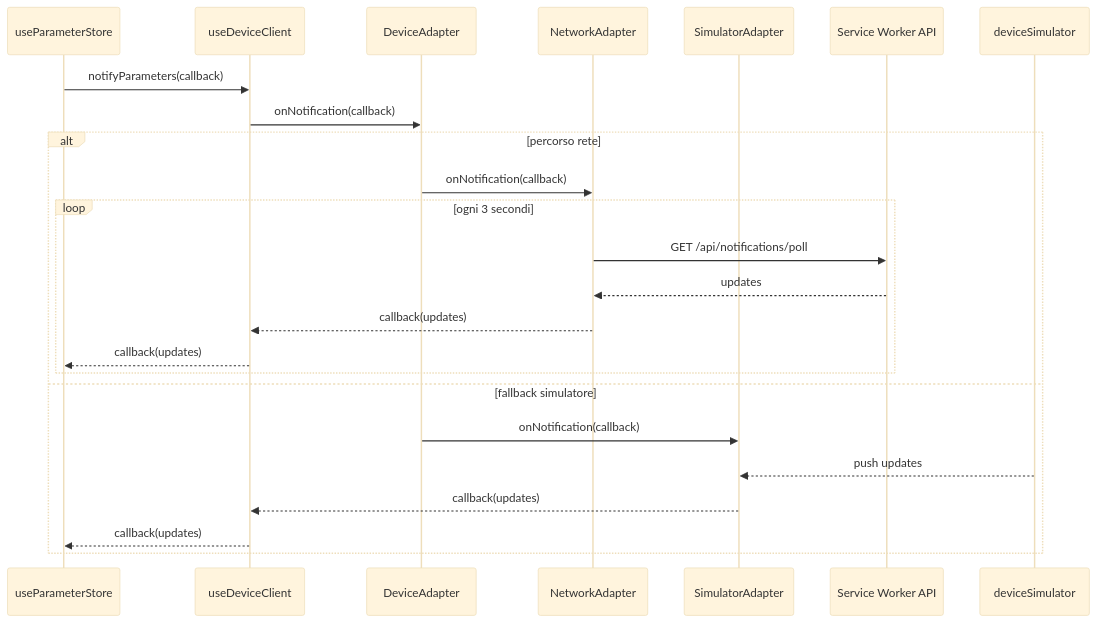
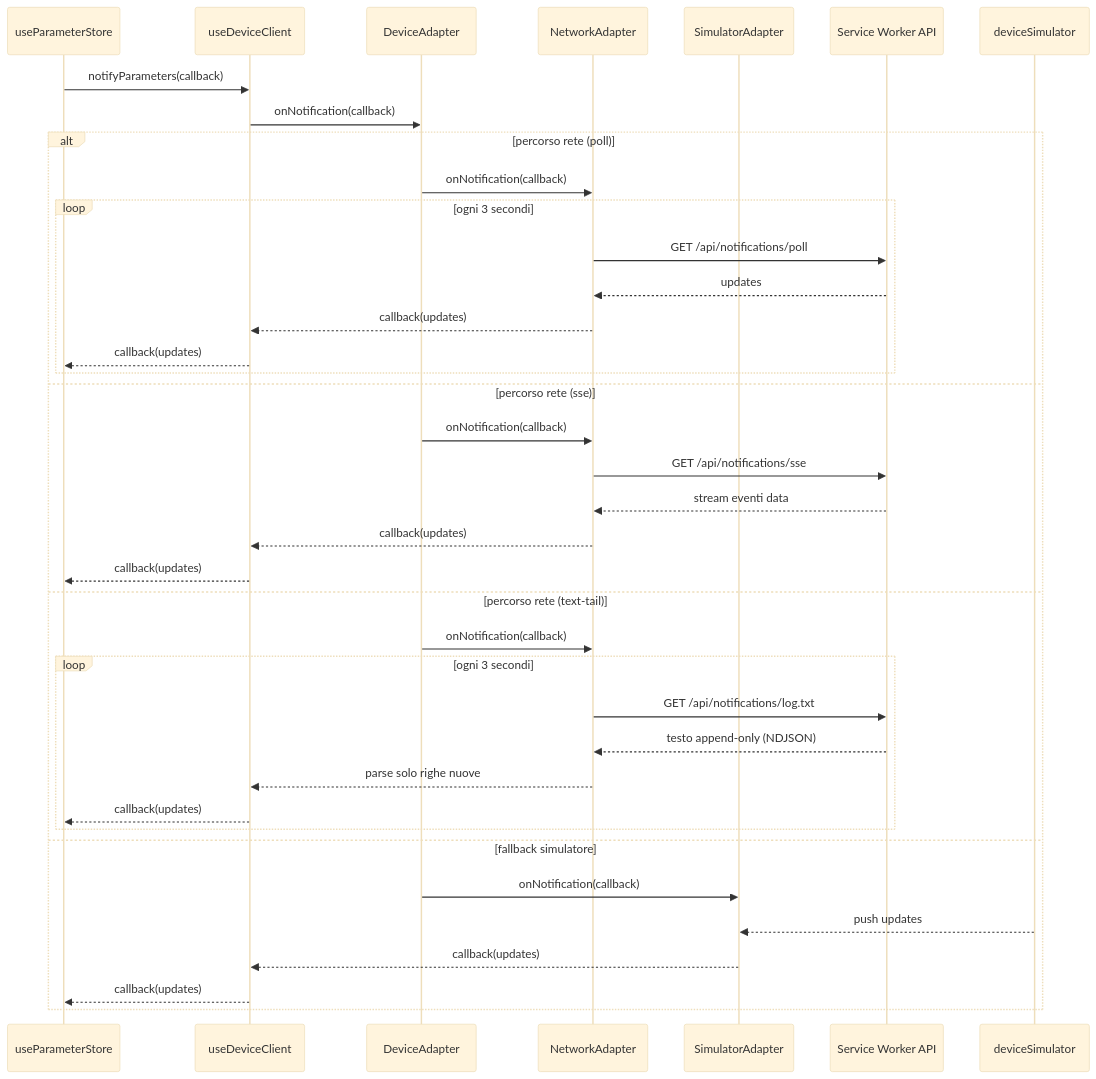
The fifth of 6 diagrams in README.md (mad4j/hmi-demo), drawn with Mermaid (base theme) before and after one commit. The commit also changed other lines of this file and 8 other files, not shown here.

````diff
--- a/README.md
+++ b/README.md
@@ -185,27 +188,41 @@
 ```mermaid
 sequenceDiagram
   participant Store as useParameterStore
   participant Client as useDeviceClient
   participant Adapter as DeviceAdapter
   participant Net as NetworkAdapter
   participant Sim as SimulatorAdapter
   participant SW as Service Worker API
   participant Core as deviceSimulator
 
   Store->>Client: notifyParameters(callback)
   Client->>Adapter: onNotification(callback)
-  alt percorso rete
+  alt percorso rete (poll)
     Adapter->>Net: onNotification(callback)
     loop ogni 3 secondi
       Net->>SW: GET /api/notifications/poll
       SW-->>Net: updates
       Net-->>Client: callback(updates)
+      Client-->>Store: callback(updates)
+    end
+  else percorso rete (sse)
+    Adapter->>Net: onNotification(callback)
+    Net->>SW: GET /api/notifications/sse
+    SW-->>Net: stream eventi data
+    Net-->>Client: callback(updates)
+    Client-->>Store: callback(updates)
+  else percorso rete (text-tail)
+    Adapter->>Net: onNotification(callback)
+    loop ogni 3 secondi
+      Net->>SW: GET /api/notifications/log.txt
+      SW-->>Net: testo append-only (NDJSON)
+      Net-->>Client: parse solo righe nuove
       Client-->>Store: callback(updates)
     end
   else fallback simulatore
     Adapter->>Sim: onNotification(callback)
     Core-->>Sim: push updates
     Sim-->>Client: callback(updates)
     Client-->>Store: callback(updates)
   end
 ```
````
